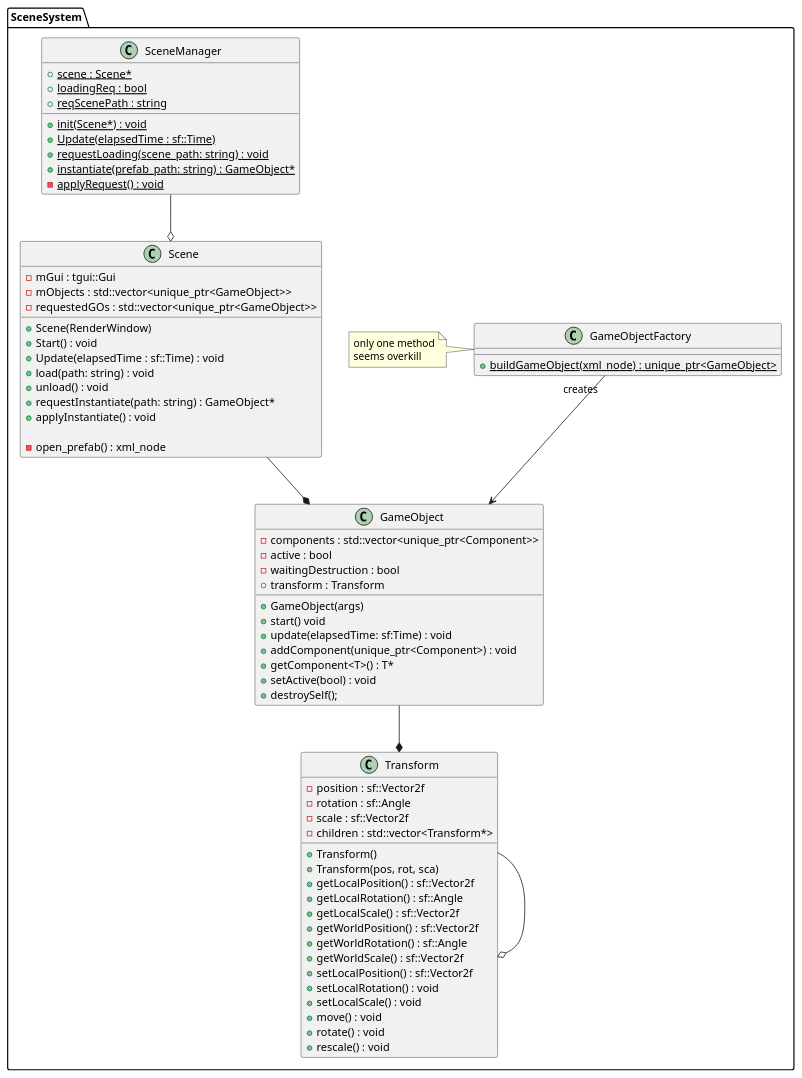
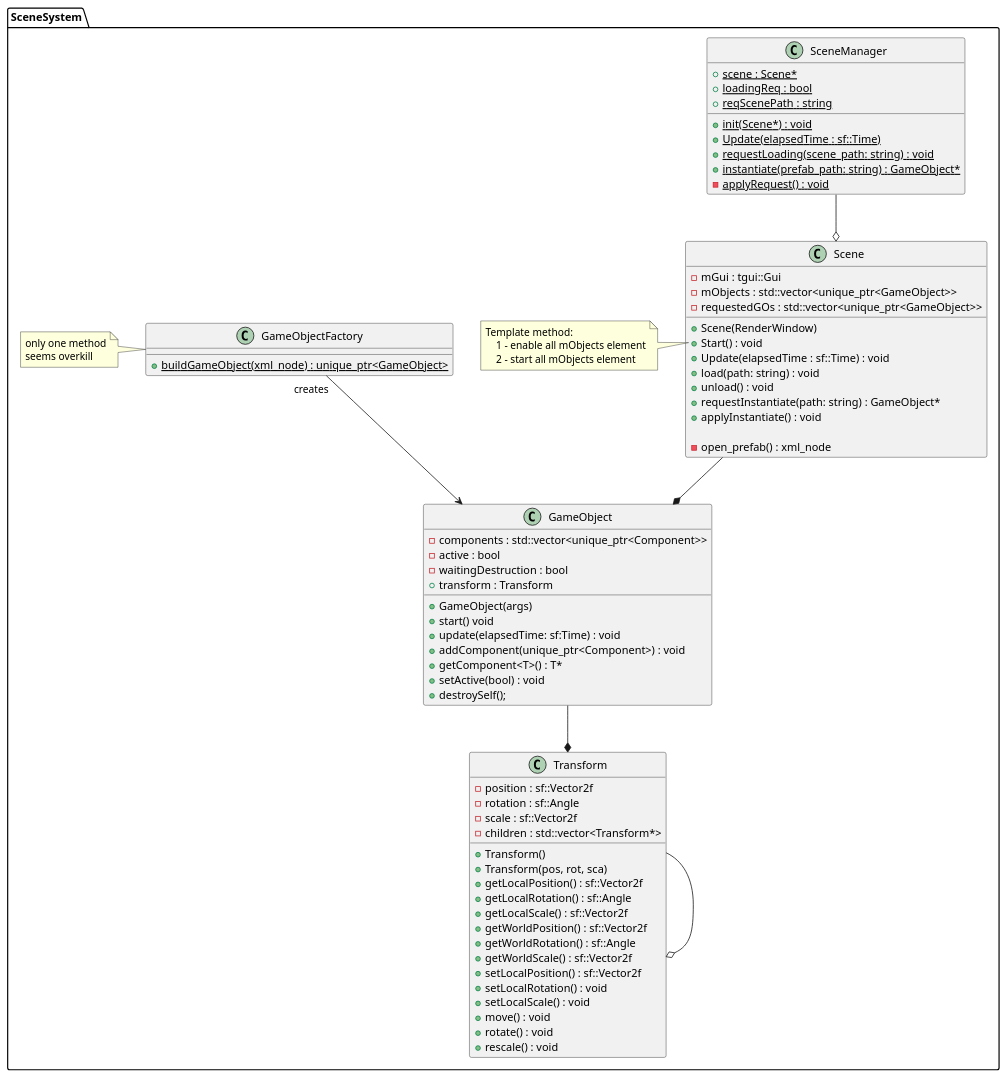
One commit to AntoFruch/PatternFactory changed the diagram in docs/uml/sceneSystem.puml. Above: the diagram before and after it, drawn with PlantUML. The commit also changed 3 other files, not shown here.

```diff
--- a/docs/uml/sceneSystem.puml
+++ b/docs/uml/sceneSystem.puml
@@ -1,86 +1,92 @@
 @startuml sceneSystem
 
 namespace SceneSystem {
     class SceneManager{
         + {static} scene : Scene*
         + {static} loadingReq : bool
         + {static} reqScenePath : string
 
         + {static} init(Scene*) : void
         + {static} Update(elapsedTime : sf::Time)
         + {static} requestLoading(scene_path: string) : void
         + {static} instantiate(prefab_path: string) : GameObject*
         - {static} applyRequest() : void
     }
 
     class Scene{
         - mGui : tgui::Gui
         - mObjects : std::vector<unique_ptr<GameObject>>
         - requestedGOs : std::vector<unique_ptr<GameObject>>
 
         + Scene(RenderWindow)
         + Start() : void
         + Update(elapsedTime : sf::Time) : void
         + load(path: string) : void
         + unload() : void
         + requestInstantiate(path: string) : GameObject*
         + applyInstantiate() : void
 
         - open_prefab() : xml_node
     }
+
+    note left of Scene::Start
+        Template method:
+            1 - enable all mObjects element
+            2 - start all mObjects element
+    endnote
 
     class GameObjectFactory {
         + {static} buildGameObject(xml_node) : unique_ptr<GameObject>
     }
     note left of GameObjectFactory
       only one method
       seems overkill
     end note
 
     class GameObject{
         - components : std::vector<unique_ptr<Component>>
         - active : bool
         - waitingDestruction : bool
         + transform : Transform
 
         + GameObject(args)
         + start() void
         + update(elapsedTime: sf:Time) : void
         + addComponent(unique_ptr<Component>) : void
         + getComponent<T>() : T*
         + setActive(bool) : void
         + destroySelf();
     }
 
     class Transform {
         - position : sf::Vector2f
         - rotation : sf::Angle
         - scale : sf::Vector2f
         - children : std::vector<Transform*>
 
         + Transform()
         + Transform(pos, rot, sca)
         + getLocalPosition() : sf::Vector2f
         + getLocalRotation() : sf::Angle
         + getLocalScale() : sf::Vector2f
         + getWorldPosition() : sf::Vector2f
         + getWorldRotation() : sf::Angle
         + getWorldScale() : sf::Vector2f
         + setLocalPosition() : sf::Vector2f
         + setLocalRotation() : void
         + setLocalScale() : void
         + move() : void
         + rotate() : void
         + rescale() : void
     }
 
     GameObjectFactory "creates"--> GameObject
 
     GameObject --* Transform
     Transform --o Transform
 
     SceneManager --o Scene
     Scene --* GameObject
 }
 
 @enduml
```
